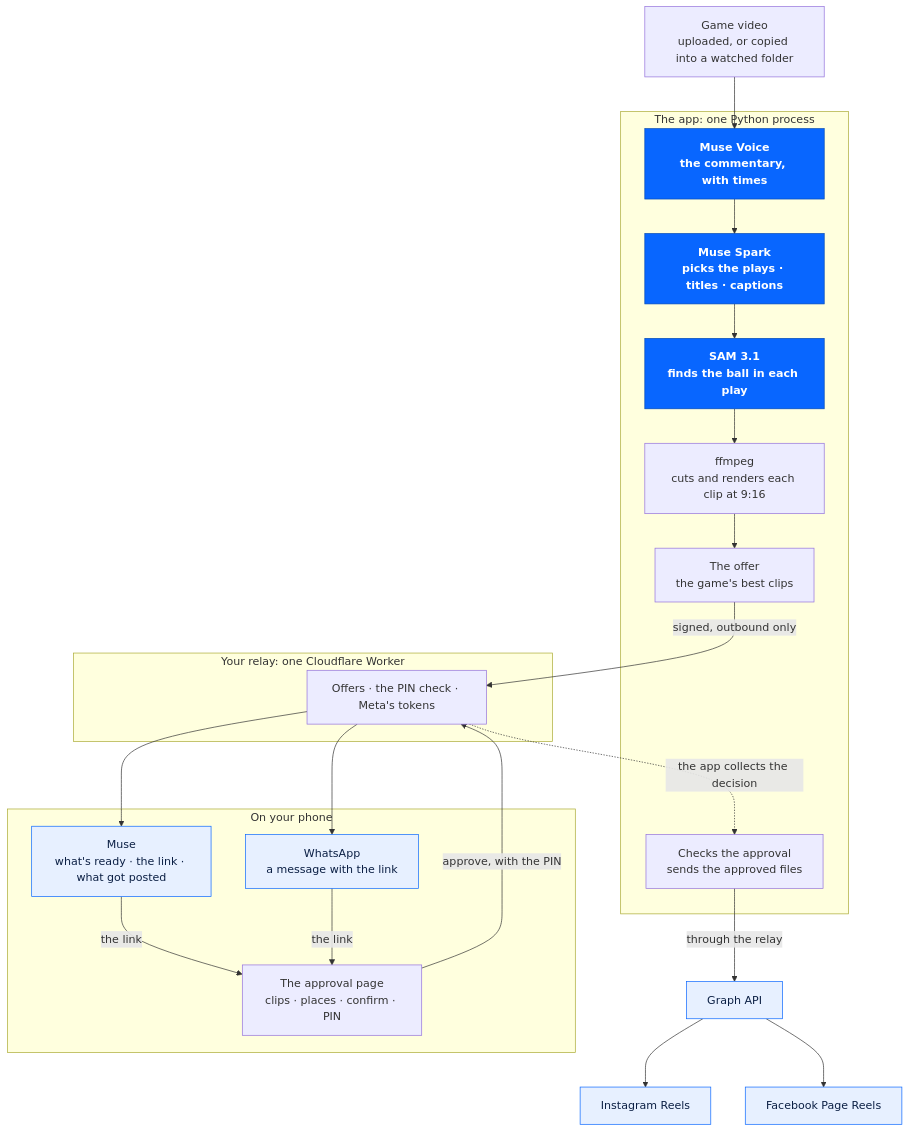
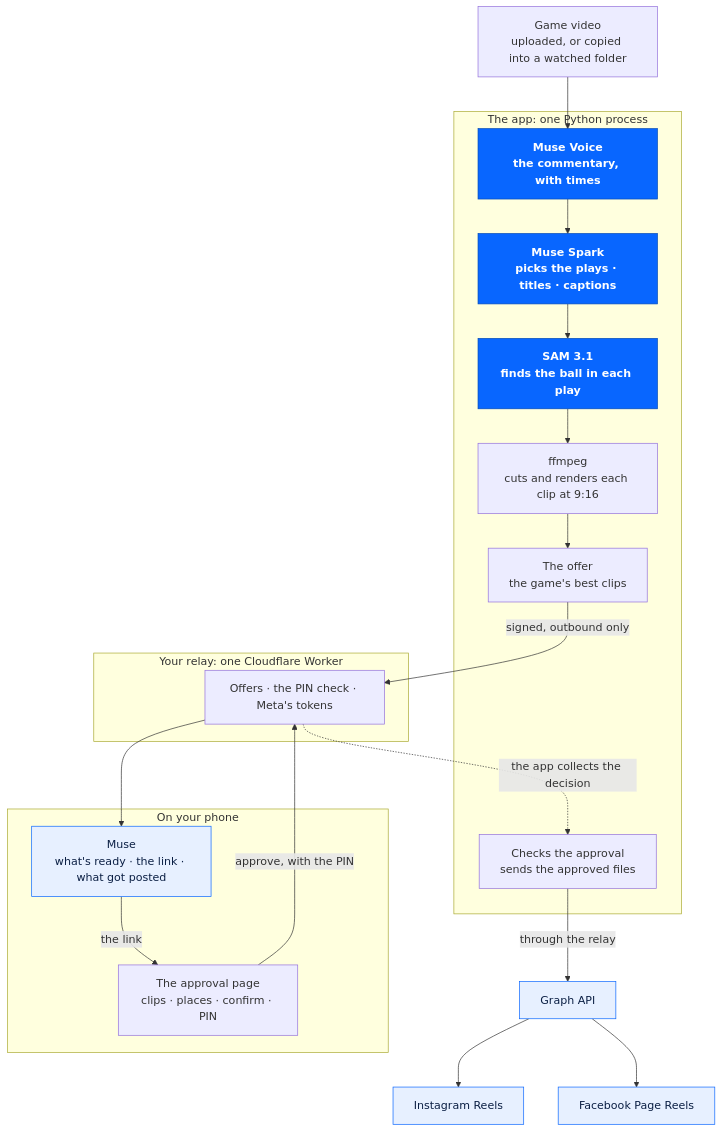
The diagram in README.md (ColinGPT9/clips-kitty-gameday), drawn with Mermaid before and after one commit. The commit also changed other lines of this file and 8 other files, not shown here.

First line of the commit message:
Take WhatsApp out of the docs: Muse and the approval page are the phone flow

````diff
--- a/README.md
+++ b/README.md
@@ -52,38 +52,35 @@
 ```mermaid
 flowchart TD
     F["Game video<br/>uploaded, or copied into a watched folder"]
     subgraph APP["The app: one Python process"]
         V["Muse Voice<br/>the commentary, with times"]
         S["Muse Spark<br/>picks the plays · titles · captions"]
         M["SAM 3.1<br/>finds the ball in each play"]
         R["ffmpeg<br/>cuts and renders each clip at 9:16"]
         O["The offer<br/>the game's best clips"]
         C["Checks the approval<br/>sends the approved files"]
     end
     subgraph RL["Your relay: one Cloudflare Worker"]
         Q["Offers · the PIN check · Meta's tokens"]
     end
     subgraph PH["On your phone"]
         MU["Muse<br/>what's ready · the link · what got posted"]
-        WA["WhatsApp<br/>a message with the link"]
         AP["The approval page<br/>clips · places · confirm · PIN"]
     end
     G["Graph API"]
     IG["Instagram Reels"]
     FB["Facebook Page Reels"]
     F --> V --> S --> M --> R --> O
     O -->|signed, outbound only| Q
     Q --> MU
-    Q --> WA
     MU -->|the link| AP
-    WA -->|the link| AP
     AP -->|approve, with the PIN| Q
     Q -.->|the app collects the decision| C
     C -->|through the relay| G
     G --> IG
     G --> FB
     classDef model fill:#0866FF,stroke:#0049B7,color:#ffffff,font-weight:bold
     classDef metaapp fill:#E7F0FF,stroke:#0866FF,color:#0B1F44
     class V,S,M model
-    class MU,WA,G,IG,FB metaapp
+    class MU,G,IG,FB metaapp
 ```
````
